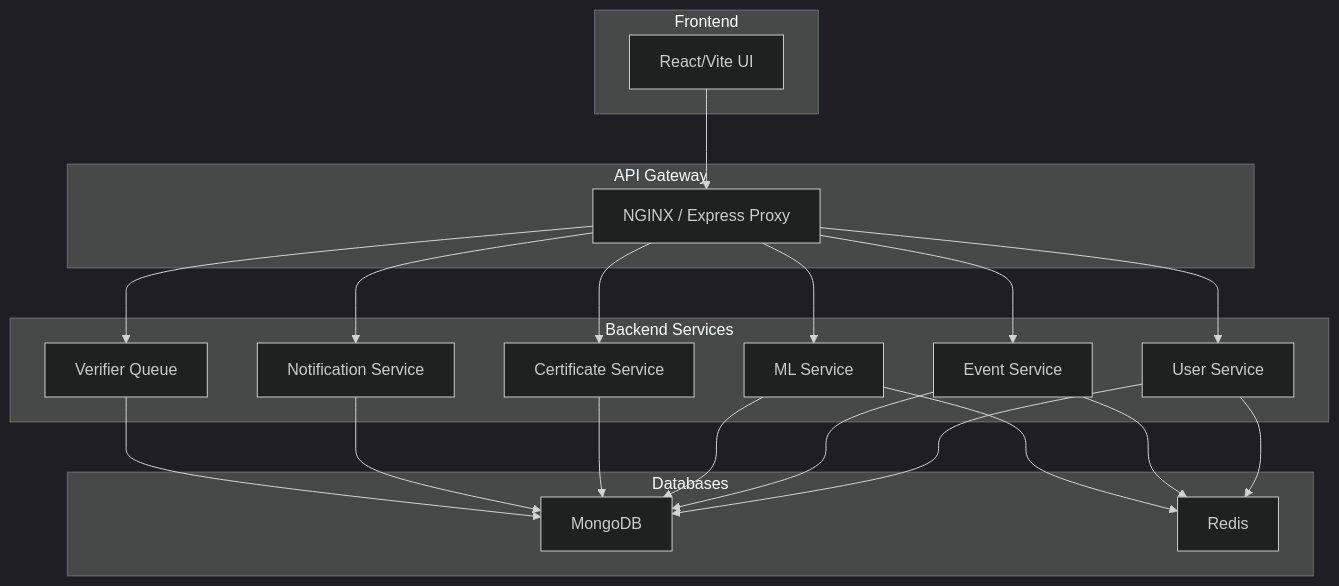
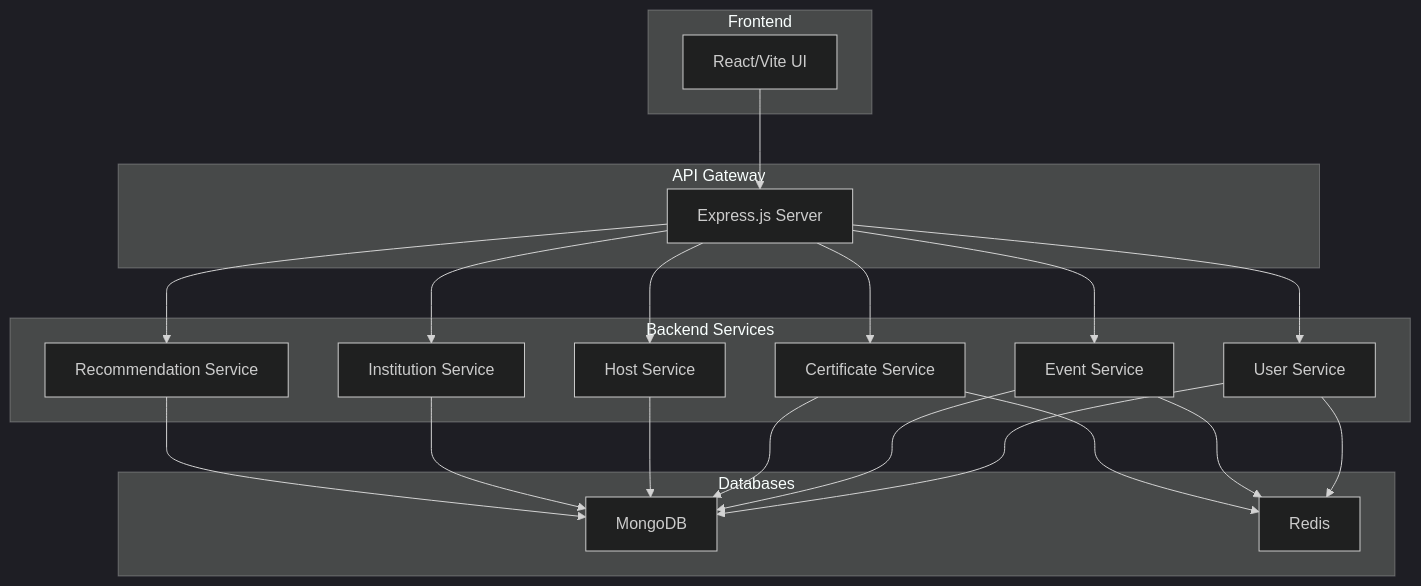
One commit to CcpC-cuj/CampVerse changed the diagram in Backend/readme.md. Above: the diagram before and after it, drawn with Mermaid (dark theme). The commit also changed other lines of this file and 7 other files, not shown here.

````diff
--- a/Backend/readme.md
+++ b/Backend/readme.md
@@ -14,37 +47,37 @@
 ```mermaid
 graph TD
   subgraph Frontend
     A[React/Vite UI]
   end
   subgraph API Gateway
-    B[NGINX / Express Proxy]
+    B[Express.js Server]
   end
   A --> B
   subgraph Backend Services
     C[User Service]
     D[Event Service]
-    E[ML Service]
-    F[Certificate Service]
-    G[Notification Service]
-    H[Verifier Queue]
+    E[Certificate Service]
+    F[Host Service]
+    G[Institution Service]
+    H[Recommendation Service]
   end
   B --> C
   B --> D
   B --> E
   B --> F
   B --> G
   B --> H
   subgraph Databases
     I[MongoDB]
     L[Redis]
   end
   C --> I
   D --> I
   E --> I
   F --> I
   G --> I
   H --> I
   C --> L
   D --> L
   E --> L
 ```
````
